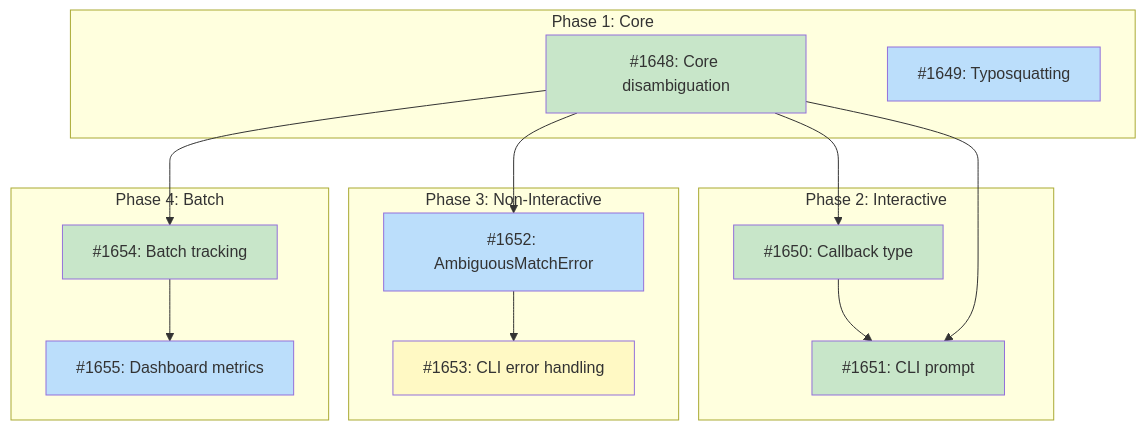
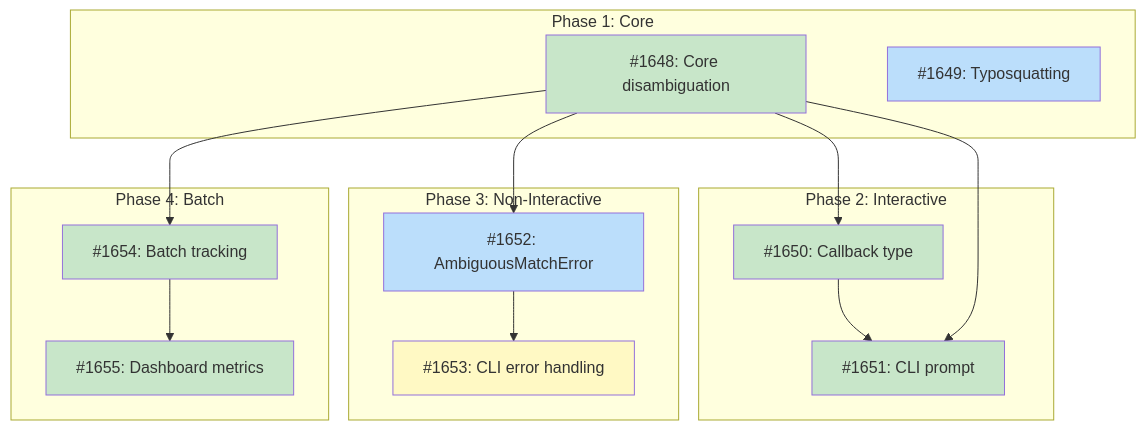
The diagram in docs/designs/DESIGN-disambiguation.md (tsukumogami/tsuku), drawn with Mermaid before and after one commit. The commit also changed other lines of this file and 3 other files, not shown here.

````diff
--- a/docs/designs/DESIGN-disambiguation.md
+++ b/docs/designs/DESIGN-disambiguation.md
@@ -54,39 +54,39 @@
 ```mermaid
 graph TD
     subgraph Phase1["Phase 1: Core"]
         I1648["#1648: Core disambiguation"]
         I1649["#1649: Typosquatting"]
     end
 
     subgraph Phase2["Phase 2: Interactive"]
         I1650["#1650: Callback type"]
         I1651["#1651: CLI prompt"]
     end
 
     subgraph Phase3["Phase 3: Non-Interactive"]
         I1652["#1652: AmbiguousMatchError"]
         I1653["#1653: CLI error handling"]
     end
 
     subgraph Phase4["Phase 4: Batch"]
         I1654["#1654: Batch tracking"]
         I1655["#1655: Dashboard metrics"]
     end
 
     I1648 --> I1650
     I1650 --> I1651
     I1648 --> I1651
     I1648 --> I1652
     I1652 --> I1653
     I1648 --> I1654
     I1654 --> I1655
 
     classDef done fill:#c8e6c9
     classDef ready fill:#bbdefb
     classDef blocked fill:#fff9c4
     classDef needsDesign fill:#e1bee7
 
-    class I1648,I1650,I1651,I1654 done
-    class I1649,I1652,I1655 ready
+    class I1648,I1650,I1651,I1654,I1655 done
+    class I1649,I1652 ready
     class I1653 blocked
 ```
````
